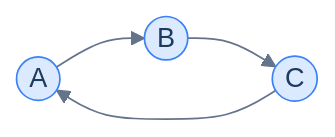
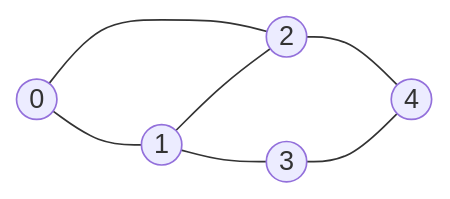
One commit to ani2fun/codefolio changed the diagram in content/cortex/data-structures-and-algorithms/04-graphs/04-traversing-a-graph.md. Above: the diagram before and after it, drawn with Mermaid. The commit also changed other lines of this file and 1049 other files, not shown here.

````diff
--- a/content/cortex/data-structures-and-algorithms/04-graphs/04-traversing-a-graph.md
+++ b/content/cortex/data-structures-and-algorithms/04-graphs/04-traversing-a-graph.md
@@ -33,17 +62,9 @@
 ```mermaid
----
-config:
-  theme: base
-  themeVariables:
-    primaryColor: "#dbeafe"
-    primaryBorderColor: "#3b82f6"
-    primaryTextColor: "#1e3a5f"
-    lineColor: "#64748b"
-    secondaryColor: "#ede9fe"
-    tertiaryColor: "#fef9c3"
----
 flowchart LR
-    A((A)) --> B((B))
-    B --> C((C))
-    C --> A
+    Z((0)) --- A((1))
+    Z --- B((2))
+    A --- B
+    A --- C((3))
+    B --- D((4))
+    C --- D
 ```
````
